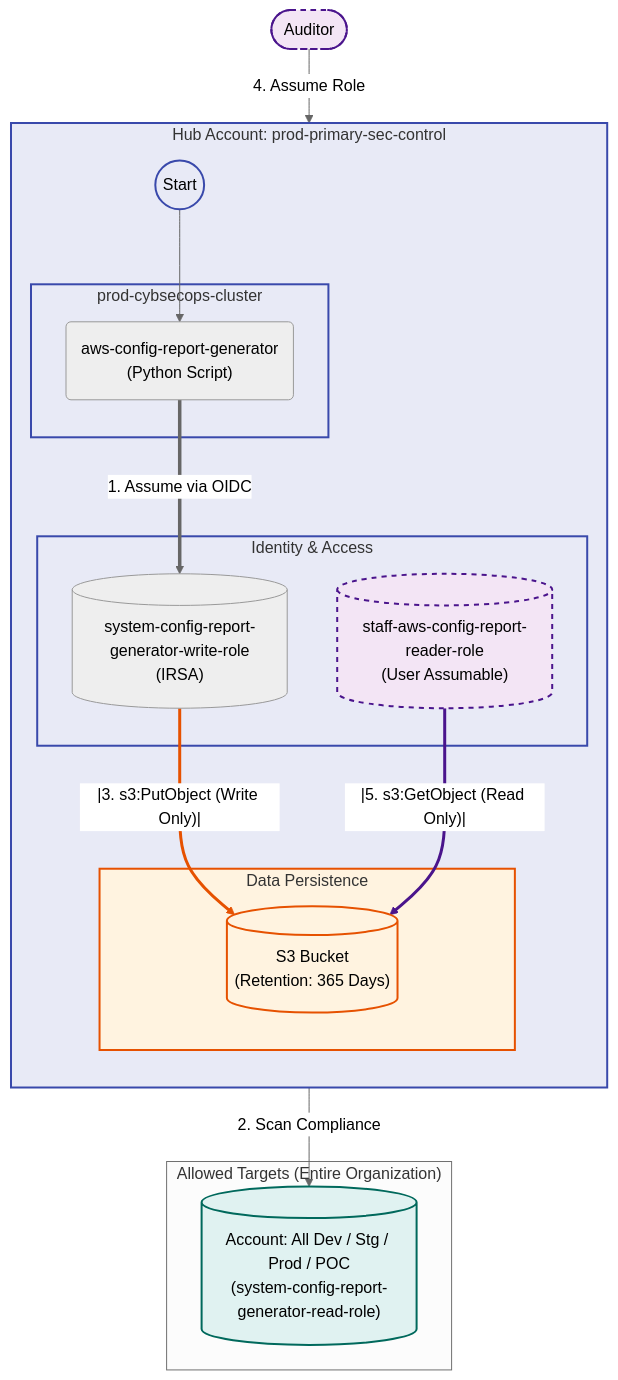
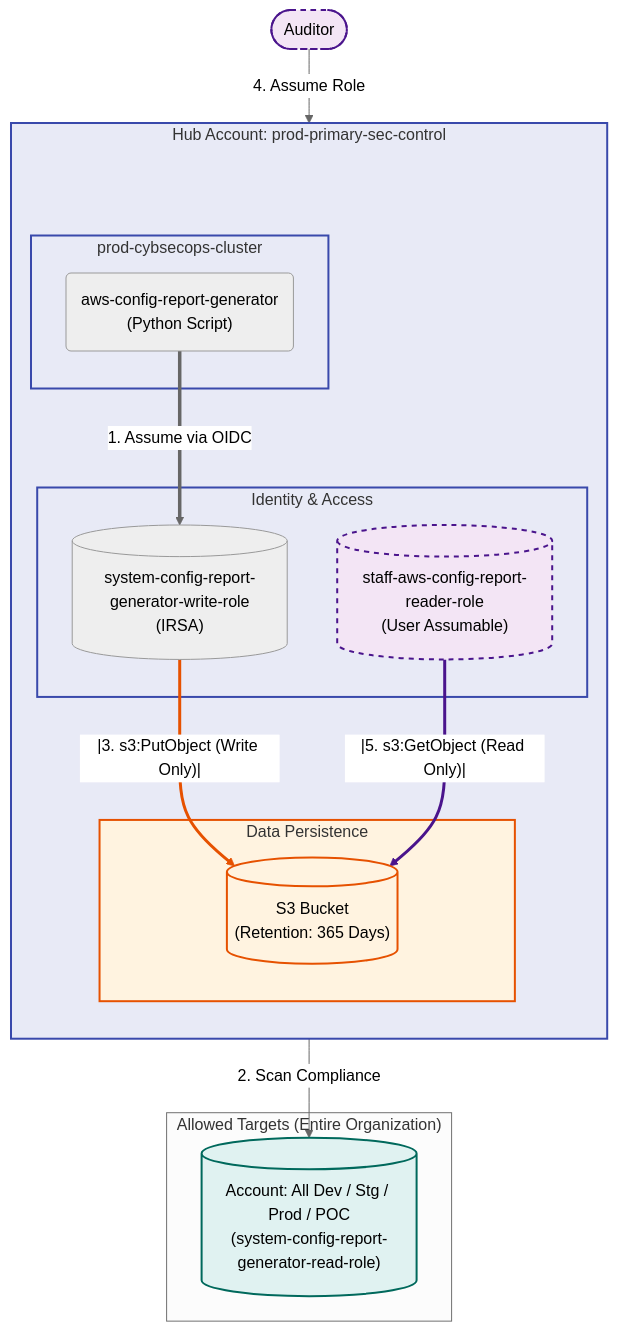
One commit to andy145155/shared changed the diagram in runbook.md. Above: the diagram before and after it, drawn with Mermaid (neutral theme).

````diff
--- a/runbook.md
+++ b/runbook.md
@@ -1,66 +1,66 @@
 ```mermaid
 flowchart TD
     %% Define Styles
-    %% CHANGED: Hub is now Indigo (Blue-ish) instead of Red
     classDef hub fill:#e8eaf6,stroke:#3949ab,stroke-width:2px;
     classDef spoke fill:#e0f2f1,stroke:#00695c,stroke-width:2px;
     classDef storage fill:#fff3e0,stroke:#e65100,stroke-width:2px;
     classDef user fill:#f3e5f5,stroke:#4a148c,stroke-width:2px,stroke-dasharray: 5 5;
+    classDef invisible width:0px,height:0px,color:transparent,fill:transparent,stroke:none;
     
     subgraph PROD_Hub ["Hub Account: prod-primary-sec-control"]
         direction TB
         
-        %% Standard Start Node
-        Start((Start))
+        %% Invisible node to push content down (Fixes overlap)
+        TitleSpacer[ ]:::invisible
 
         subgraph K8s ["prod-cybsecops-cluster"]
             CronJob("aws-config-report-generator<br>(Python Script)")
         end
 
         subgraph IAM ["Identity & Access"]
             WriterRole[("system-config-report-generator-write-role<br>(IRSA)")]
             ReaderRole[("staff-aws-config-report-reader-role<br>(User Assumable)")]
         end
 
         subgraph Data_Layer ["Data Persistence"]
             S3[("S3 Bucket<br>(Retention: 365 Days)")]
         end
     end
 
     subgraph Targets_All ["Allowed Targets (Entire Organization)"]
         AllSpokes[("Account: All Dev / Stg / Prod / POC<br>(system-config-report-generator-read-role)")]
     end
 
     User(["Auditor"])
 
     %% --- EXECUTION FLOW ---
-    %% Link 0
-    Start --> CronJob
+    %% Link 0: Invisible Spacer Link
+    TitleSpacer ~~~ CronJob
+    
     %% Link 1
     CronJob ==>|1. Assume via OIDC| WriterRole
     
-    %% Audit Flow (Universal Access)
+    %% Audit Flow
     %% Link 2
     WriterRole -->|2. Scan Compliance| AllSpokes
 
     %% --- S3 WRITE OPERATION ---
-    %% Link 3 (Needs Styling: Orange)
+    %% Link 3 (Needs Orange Style)
     WriterRole == "|3. s3:PutObject (Write Only)|" ==> S3
 
     %% --- S3 READ OPERATION ---
     %% Link 4
     User -->|4. Assume Role| ReaderRole
-    %% Link 5 (Needs Styling: Purple)
+    %% Link 5 (Needs Purple Style)
     ReaderRole == "|5. s3:GetObject (Read Only)|" ==> S3
 
     %% Styling
     class PROD_Hub,K8s,IAM hub;
     class AllSpokes spoke;
     class S3,Data_Layer storage;
     class User,ReaderRole user;
-    class Start hub;
     
-    %% Link Styles (Indices 3 and 5)
+    %% Link Styles (Indices 3 and 5 correspond to the Write and Read operations)
     linkStyle 3 stroke:#e65100,stroke-width:3px; 
     linkStyle 5 stroke:#4a148c,stroke-width:3px;
 ```
````
